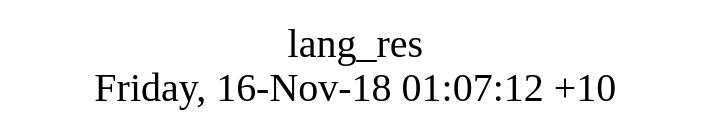
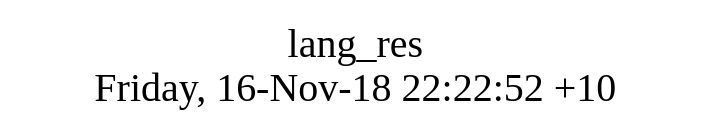
Before and after one commit to AplaProject/apps: the diagram in src/lang_res/struct.dot, drawn with Graphviz. The commit also changed 10 other files, not shown here.

```diff
--- a/src/lang_res/struct.dot
+++ b/src/lang_res/struct.dot
@@ -1,8 +1,8 @@
 digraph G {
 fontsize="24";
-label="lang_res\nFriday, 16-Nov-18 01:07:12 +10";
+label="lang_res\nFriday, 16-Nov-18 22:22:52 +10";
 nojustify=true;
 ordering=out;
 rankdir=LR;
 size="30";
 }
```
